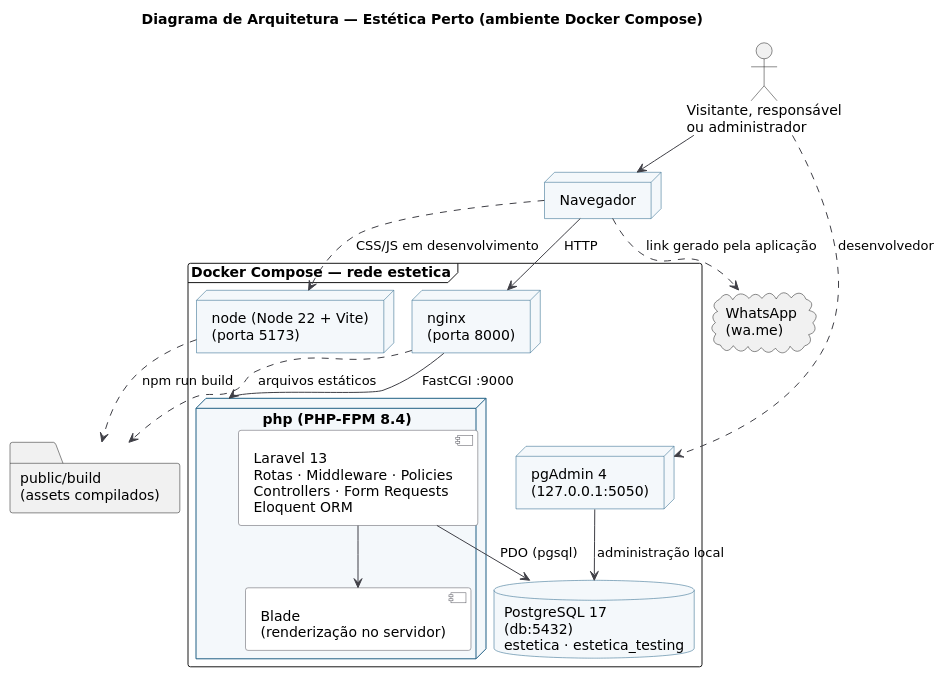
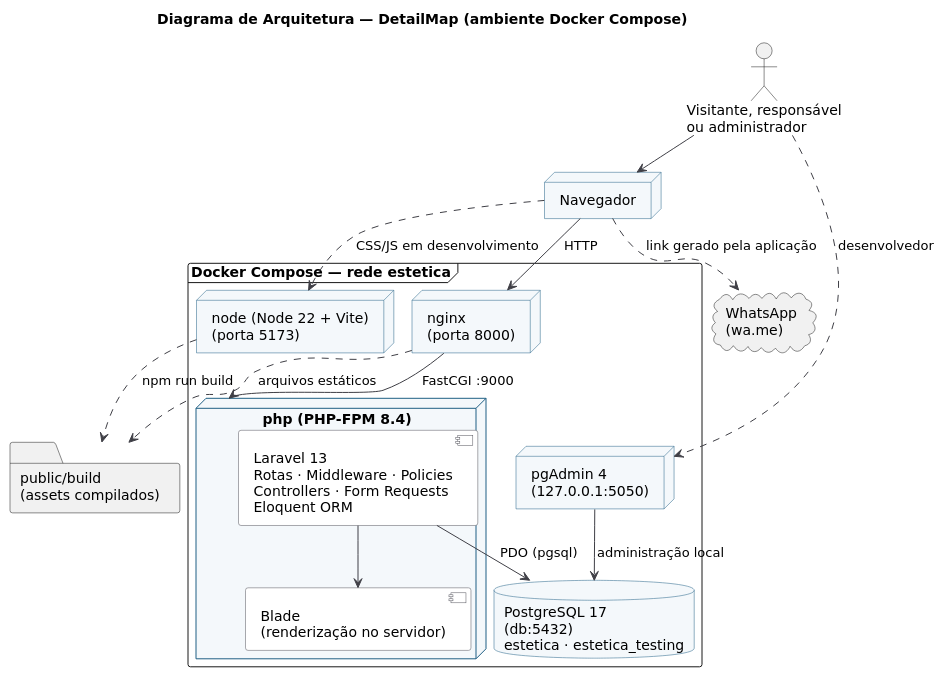
The diagram in docs/diagrams/source/architecture.puml (GilbertoJunior874/tcc-estetica), drawn with PlantUML before and after one commit. The commit also changed 14 other files, not shown here.

Commit message:
chore: rename application to DetailMap

```diff
--- a/docs/diagrams/source/architecture.puml
+++ b/docs/diagrams/source/architecture.puml
@@ -1,50 +1,50 @@
 @startuml architecture
 !pragma layout smetana
 skinparam shadowing false
 skinparam defaultFontName "DejaVu Sans"
 skinparam backgroundColor white
 skinparam ArrowColor #3F3F46
 skinparam node {
   BackgroundColor #F4F8FB
   BorderColor #1F5F84
 }
 skinparam database {
   BackgroundColor #F4F8FB
   BorderColor #1F5F84
 }
 skinparam component {
   BackgroundColor #FFFFFF
   BorderColor #52525B
 }
 
-title Diagrama de Arquitetura — Estética Perto (ambiente Docker Compose)
+title Diagrama de Arquitetura — DetailMap (ambiente Docker Compose)
 
 actor "Visitante, responsável\nou administrador" as user
 node "Navegador" as browser
 cloud "WhatsApp\n(wa.me)" as whatsapp
 
 frame "Docker Compose — rede estetica" {
   node "nginx\n(porta 8000)" as nginx
   node "php (PHP-FPM 8.4)" as php {
     component "Laravel 13\nRotas · Middleware · Policies\nControllers · Form Requests\nEloquent ORM" as laravel
     component "Blade\n(renderização no servidor)" as blade
   }
   database "PostgreSQL 17\n(db:5432)\nestetica · estetica_testing" as db
   node "node (Node 22 + Vite)\n(porta 5173)" as vite
   node "pgAdmin 4\n(127.0.0.1:5050)" as pgadmin
 }
 
 folder "public/build\n(assets compilados)" as build
 
 user --> browser
 browser --> nginx : HTTP
 nginx --> php : FastCGI :9000
 laravel --> blade
 laravel --> db : PDO (pgsql)
 nginx ..> build : arquivos estáticos
 vite ..> build : npm run build
 browser ..> vite : CSS/JS em desenvolvimento
 browser ..> whatsapp : link gerado pela aplicação
 pgadmin --> db : administração local
 user ..> pgadmin : desenvolvedor
 @enduml
```
